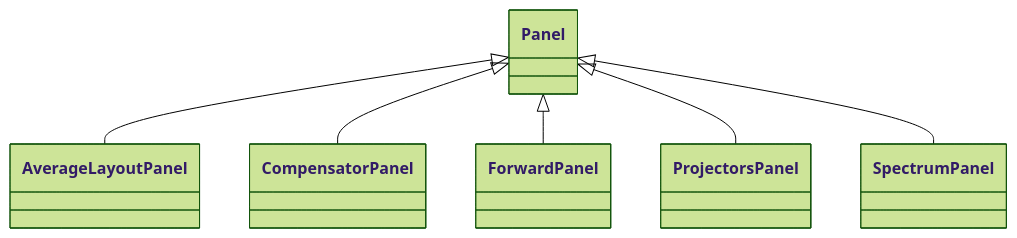
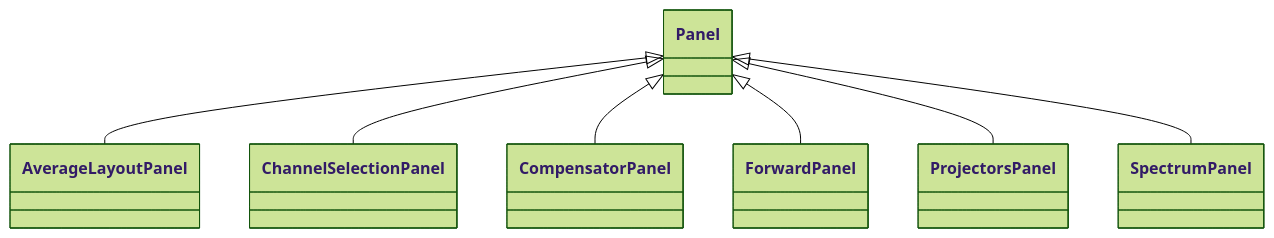
Before and after one commit to mne-tools/mne-cpp: the diagram in doc/website/docs/api/viz/panel.mdx, drawn with Mermaid (forest theme). The commit also changed other lines of this file and 42 other files, not shown here.

````diff
--- a/doc/website/docs/api/viz/panel.mdx
+++ b/doc/website/docs/api/viz/panel.mdx
@@ -39,13 +39,15 @@
 ```mermaid
 classDiagram
     Panel <|-- AverageLayoutPanel
     click AverageLayoutPanel href "../../viz/average-layout-panel/"
+    Panel <|-- ChannelSelectionPanel
+    click ChannelSelectionPanel href "../../viz/channel-selection-panel/"
     Panel <|-- CompensatorPanel
     click CompensatorPanel href "../../viz/compensator-panel/"
     Panel <|-- ForwardPanel
     click ForwardPanel href "../../viz/forward-panel/"
     Panel <|-- ProjectorsPanel
     click ProjectorsPanel href "../../viz/projectors-panel/"
     Panel <|-- SpectrumPanel
     click SpectrumPanel href "../../viz/spectrum-panel/"
 ```
````
